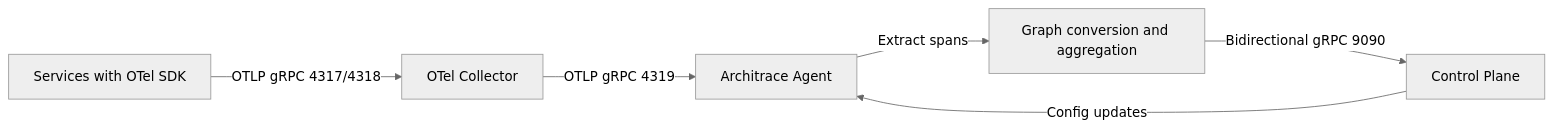
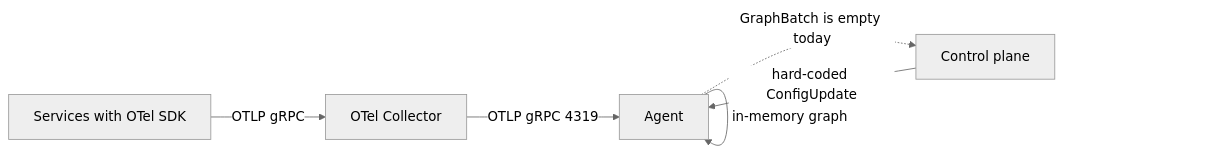
Before and after one commit to Architrace-Intelligence/Architrace: the first of 5 diagrams in documentation/architrace-inteligence/src/content/docs/architecture.md, drawn with Mermaid (neutral theme). The commit also changed other lines of this file and 21 other files, not shown here.

Commit message:
docs(ARCHI-23): Design the MVP architecture, feature pages M0-M7 and proposed ADRs

````diff
--- a/documentation/architrace-inteligence/src/content/docs/architecture.md
+++ b/documentation/architrace-inteligence/src/content/docs/architecture.md
@@ -8,8 +25,8 @@
 ```mermaid
 flowchart LR
-  App[Services with OTel SDK] -->|OTLP gRPC 4317/4318| Collector[OTel Collector]
-  Collector -->|OTLP gRPC 4319| Agent[Architrace Agent]
-  Agent -->|Extract spans| Graph[Graph conversion and aggregation]
-  Graph -->|Bidirectional gRPC 9090| ControlPlane[Control Plane]
-  ControlPlane -->|Config updates| Agent
+  App[Services with OTel SDK] -->|OTLP gRPC| Collector[OTel Collector]
+  Collector -->|OTLP gRPC 4319| Agent[Agent]
+  Agent -->|in-memory graph| Agent
+  Agent -. GraphBatch is empty today .-> CP[Control plane]
+  CP -->|hard-coded ConfigUpdate| Agent
 ```
````
